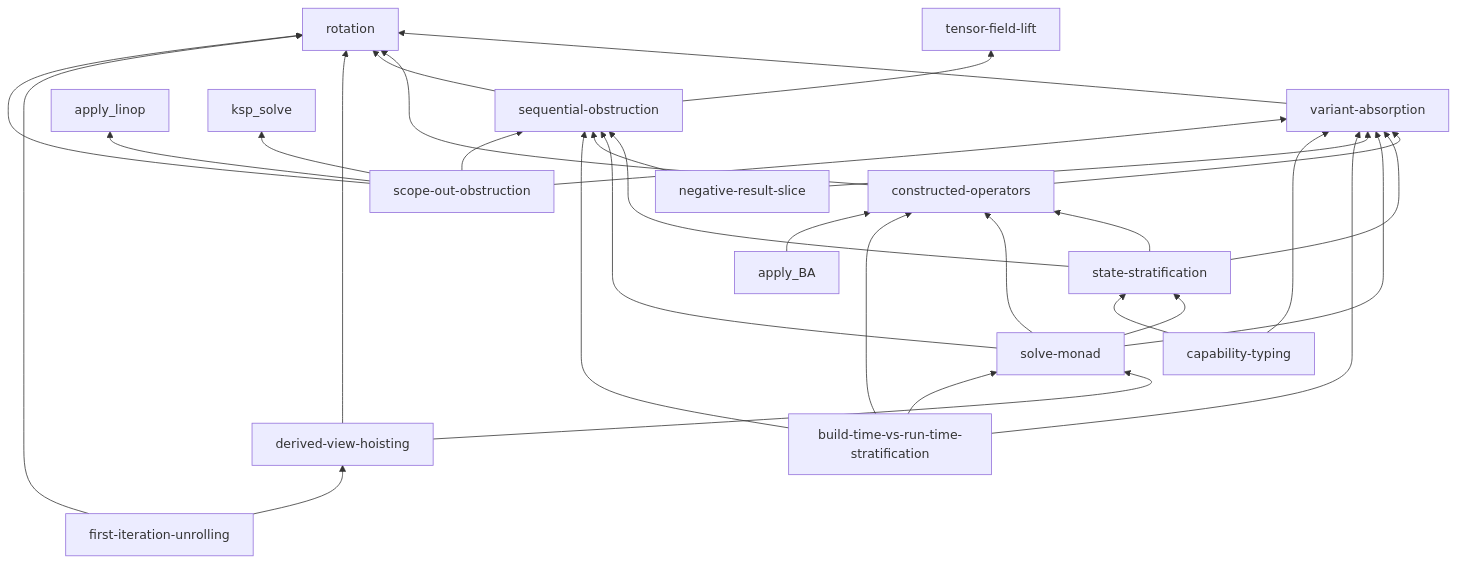
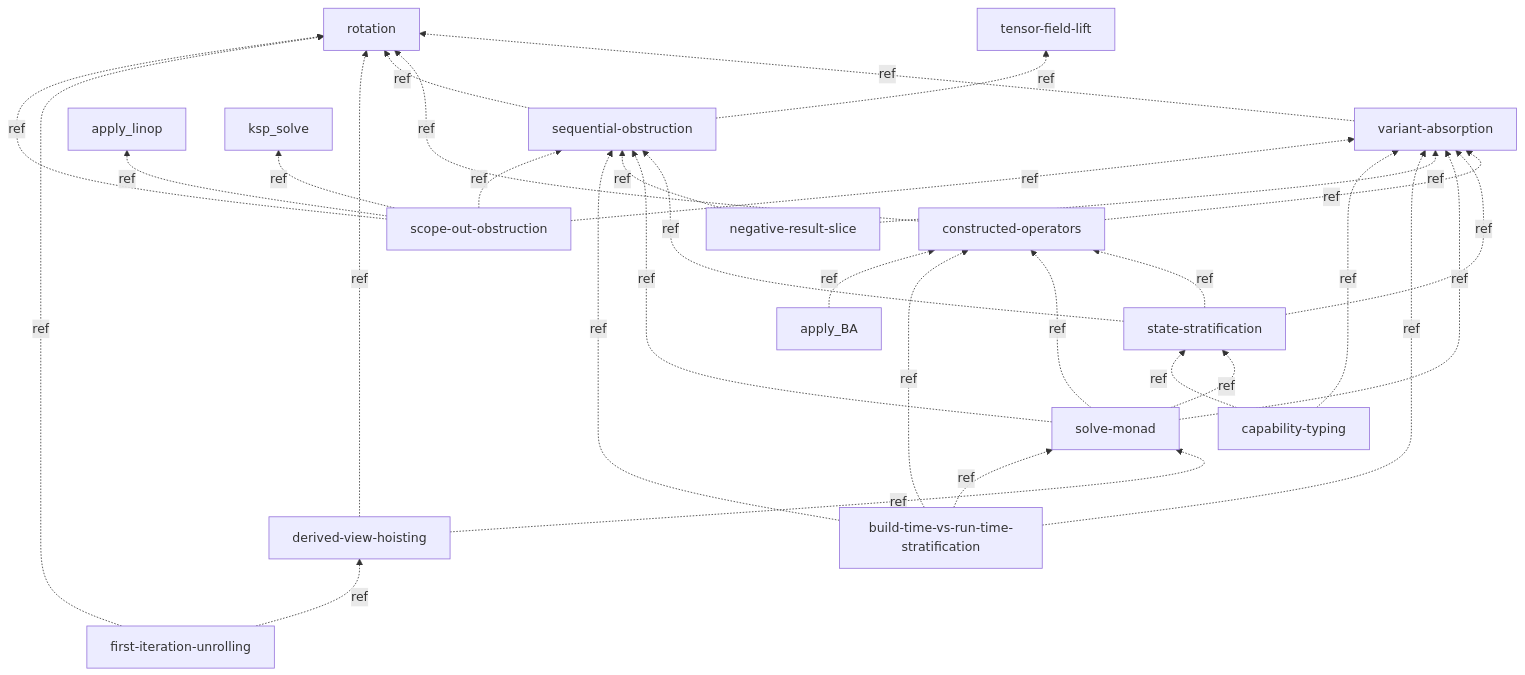
Before and after one commit to crutcher/palace_whiteroom: the first of 3 diagrams in book/src/concepts/dependency-map.md, drawn with Mermaid. The commit also changed other lines of this file and 97 other files, not shown here.

````diff
--- a/book/src/concepts/dependency-map.md
+++ b/book/src/concepts/dependency-map.md
@@ -32,33 +61,33 @@
 ```mermaid
 graph BT
-  variant-absorption --> rotation
-  constructed-operators --> rotation
-  constructed-operators --> variant-absorption
-  sequential-obstruction --> rotation
-  sequential-obstruction --> tensor-field-lift
-  state-stratification --> variant-absorption
-  state-stratification --> constructed-operators
-  state-stratification --> sequential-obstruction
-  solve-monad --> state-stratification
-  solve-monad --> sequential-obstruction
-  solve-monad --> constructed-operators
-  solve-monad --> variant-absorption
-  derived-view-hoisting --> rotation
-  derived-view-hoisting --> solve-monad
-  negative-result-slice --> sequential-obstruction
-  negative-result-slice --> variant-absorption
-  build-time-vs-run-time-stratification --> constructed-operators
-  build-time-vs-run-time-stratification --> variant-absorption
-  build-time-vs-run-time-stratification --> solve-monad
-  build-time-vs-run-time-stratification --> sequential-obstruction
-  first-iteration-unrolling --> rotation
-  first-iteration-unrolling --> derived-view-hoisting
-  apply_BA --> constructed-operators
-  capability-typing --> state-stratification
-  capability-typing --> variant-absorption
-  scope-out-obstruction --> variant-absorption
-  scope-out-obstruction --> sequential-obstruction
-  scope-out-obstruction --> rotation
-  scope-out-obstruction --> apply_linop
-  scope-out-obstruction --> ksp_solve
+  variant-absorption -.->|ref| rotation
+  constructed-operators -.->|ref| rotation
+  constructed-operators -.->|ref| variant-absorption
+  sequential-obstruction -.->|ref| rotation
+  sequential-obstruction -.->|ref| tensor-field-lift
+  state-stratification -.->|ref| variant-absorption
+  state-stratification -.->|ref| constructed-operators
+  state-stratification -.->|ref| sequential-obstruction
+  solve-monad -.->|ref| state-stratification
+  solve-monad -.->|ref| sequential-obstruction
+  solve-monad -.->|ref| constructed-operators
+  solve-monad -.->|ref| variant-absorption
+  derived-view-hoisting -.->|ref| rotation
+  derived-view-hoisting -.->|ref| solve-monad
+  negative-result-slice -.->|ref| sequential-obstruction
+  negative-result-slice -.->|ref| variant-absorption
+  build-time-vs-run-time-stratification -.->|ref| constructed-operators
+  build-time-vs-run-time-stratification -.->|ref| variant-absorption
+  build-time-vs-run-time-stratification -.->|ref| solve-monad
+  build-time-vs-run-time-stratification -.->|ref| sequential-obstruction
+  first-iteration-unrolling -.->|ref| rotation
+  first-iteration-unrolling -.->|ref| derived-view-hoisting
+  apply_BA -.->|ref| constructed-operators
+  capability-typing -.->|ref| state-stratification
+  capability-typing -.->|ref| variant-absorption
+  scope-out-obstruction -.->|ref| variant-absorption
+  scope-out-obstruction -.->|ref| sequential-obstruction
+  scope-out-obstruction -.->|ref| rotation
+  scope-out-obstruction -.->|ref| apply_linop
+  scope-out-obstruction -.->|ref| ksp_solve
 ```
````
